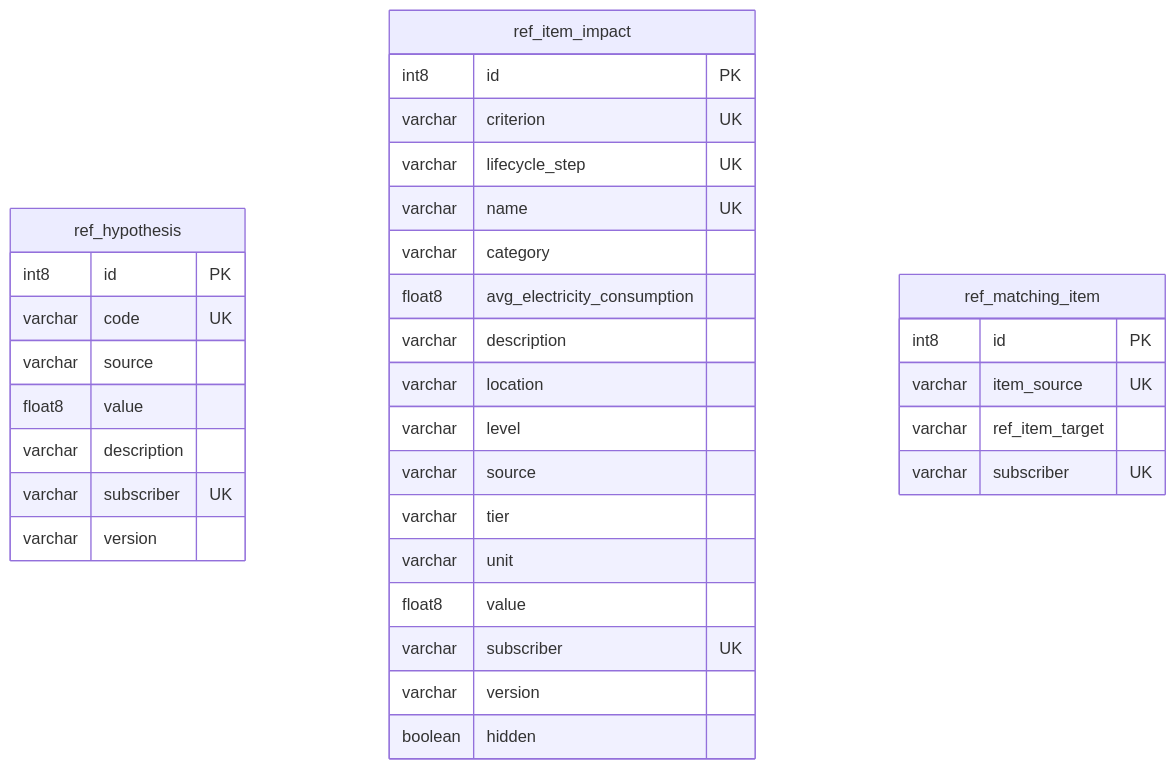
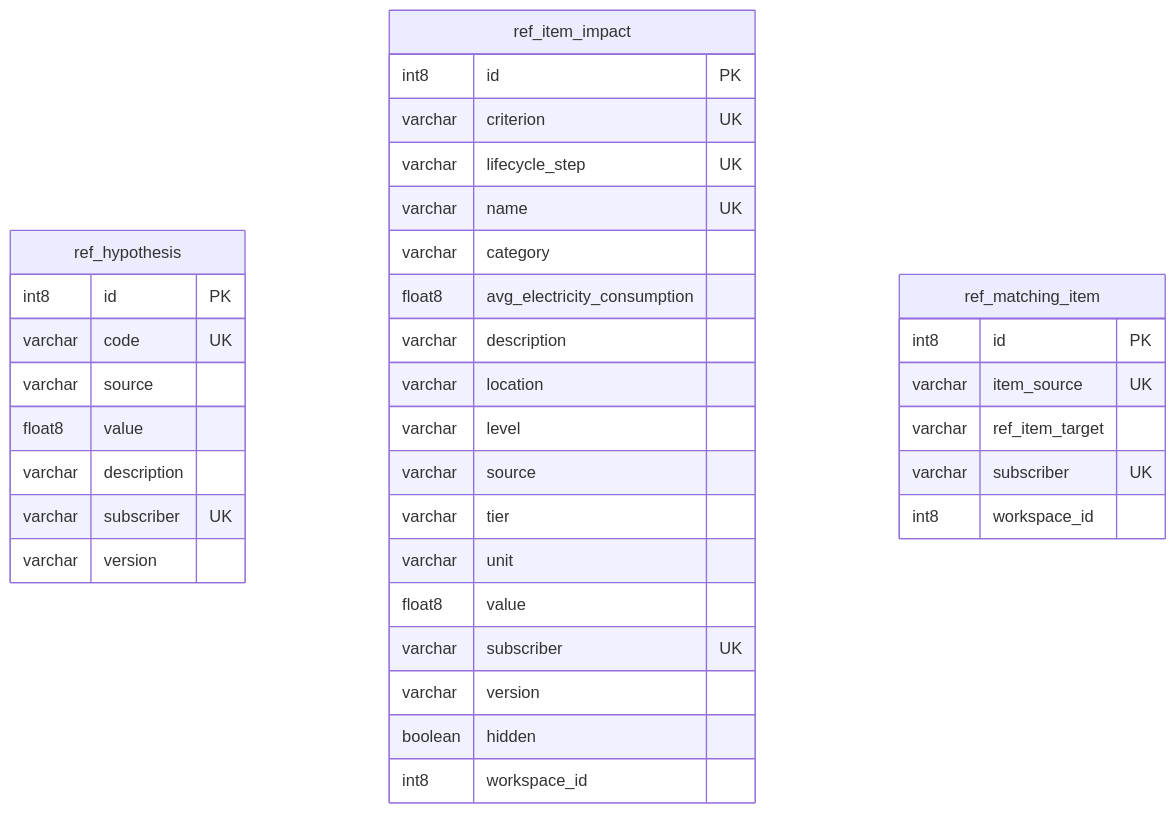
One commit to teamg4it/g4it changed the diagram in services/documentation/content/3-technical-documentation/4-backend_documentation/db_documentation/referential/correspondences_for_impact_calculation/_index.md. Above: the diagram before and after it, drawn with Mermaid. The commit also changed other lines of this file and 13 other files, not shown here.

````diff
--- a/services/documentation/content/3-technical-documentation/4-backend_documentation/db_documentation/referential/correspondences_for_impact_calculation/_index.md
+++ b/services/documentation/content/3-technical-documentation/4-backend_documentation/db_documentation/referential/correspondences_for_impact_calculation/_index.md
@@ -8,37 +8,39 @@
 ```mermaid
 erDiagram 
 
   ref_hypothesis {
     int8 id PK
     varchar code UK
     varchar source
     float8 value
     varchar description
     varchar subscriber UK
     varchar version
   }
   ref_item_impact {
     int8 id PK
     varchar criterion UK
     varchar lifecycle_step UK
     varchar name UK
     varchar category
     float8 avg_electricity_consumption
     varchar description
     varchar location
     varchar level
     varchar source
     varchar tier
     varchar unit
     float8 value
     varchar subscriber UK
     varchar version
     boolean hidden
+    int8 workspace_id
   }
   ref_matching_item {
     int8 id PK
     varchar item_source UK
     varchar ref_item_target
     varchar subscriber UK
+    int8 workspace_id
   }
 ``` 
````
